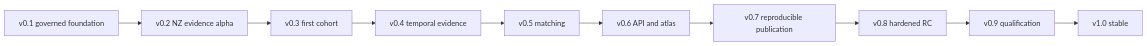
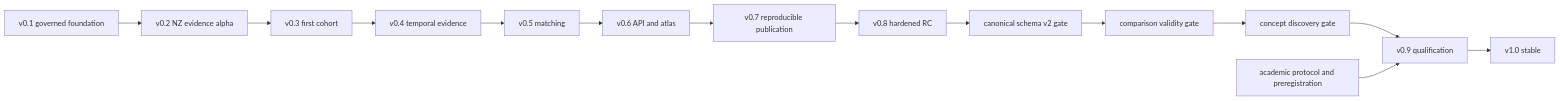
Before and after one commit to edithatogo/global-medicines-atlas: the diagram in conductor/roadmap.md, drawn with Mermaid. The commit also changed other lines of this file and 88 other files, not shown here.

````diff
--- a/conductor/roadmap.md
+++ b/conductor/roadmap.md
@@ -26,12 +26,16 @@
 ```mermaid
 flowchart LR
     F["v0.1 governed foundation"] --> NZ["v0.2 NZ evidence alpha"]
     NZ --> C["v0.3 first cohort"]
     C --> E["v0.4 temporal evidence"]
     E --> M["v0.5 matching"]
     M --> P["v0.6 API and atlas"]
     P --> R["v0.7 reproducible publication"]
     R --> H["v0.8 hardened RC"]
-    H --> Q["v0.9 qualification"]
+    H --> S2["canonical schema v2 gate"]
+    S2 --> CV["comparison validity gate"]
+    CV --> D["concept discovery gate"]
+    D --> Q["v0.9 qualification"]
+    AP["academic protocol and preregistration"] --> Q
     Q --> V1["v1.0 stable"]
 ```
````
